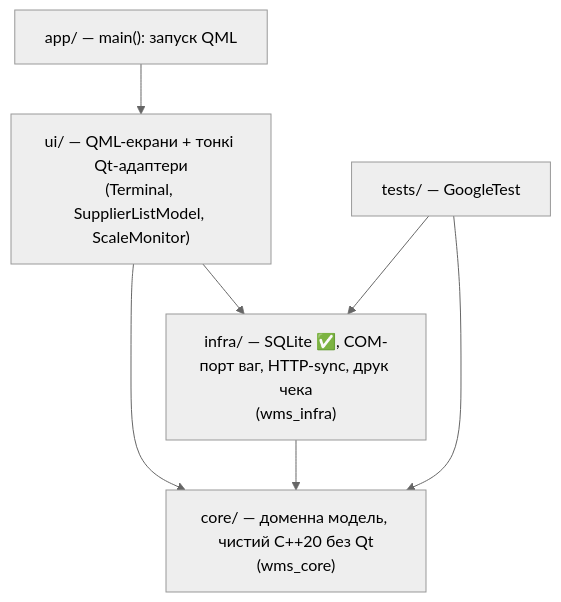
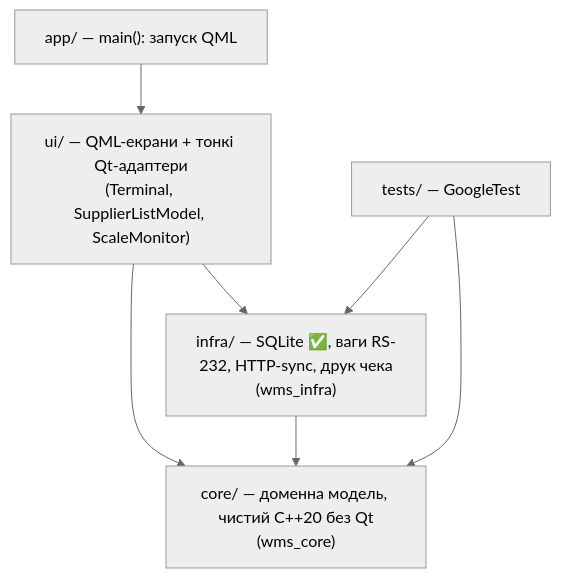
Before and after one commit to IsNazarii/Berry-WMS-Terminal: the diagram in README.md, drawn with Mermaid (neutral theme). The commit also changed other lines of this file and 7 other files, not shown here.

````diff
--- a/README.md
+++ b/README.md
@@ -108,14 +109,14 @@
 ```mermaid
 flowchart TD
     UI["ui/ — QML-екрани + тонкі Qt-адаптери<br/>(Terminal, SupplierListModel, ScaleMonitor)"]
-    INFRA["infra/ — SQLite ✅, COM-порт ваг, HTTP-sync, друк чека<br/>(wms_infra)"]
+    INFRA["infra/ — SQLite ✅, ваги RS-232, HTTP-sync, друк чека<br/>(wms_infra)"]
     CORE["core/ — доменна модель, чистий C++20 без Qt<br/>(wms_core)"]
     APP["app/ — main(): запуск QML"]
     TESTS["tests/ — GoogleTest"]
     APP --> UI
     UI --> INFRA
     UI --> CORE
     INFRA --> CORE
     TESTS --> CORE
     TESTS --> INFRA
 ```
````
